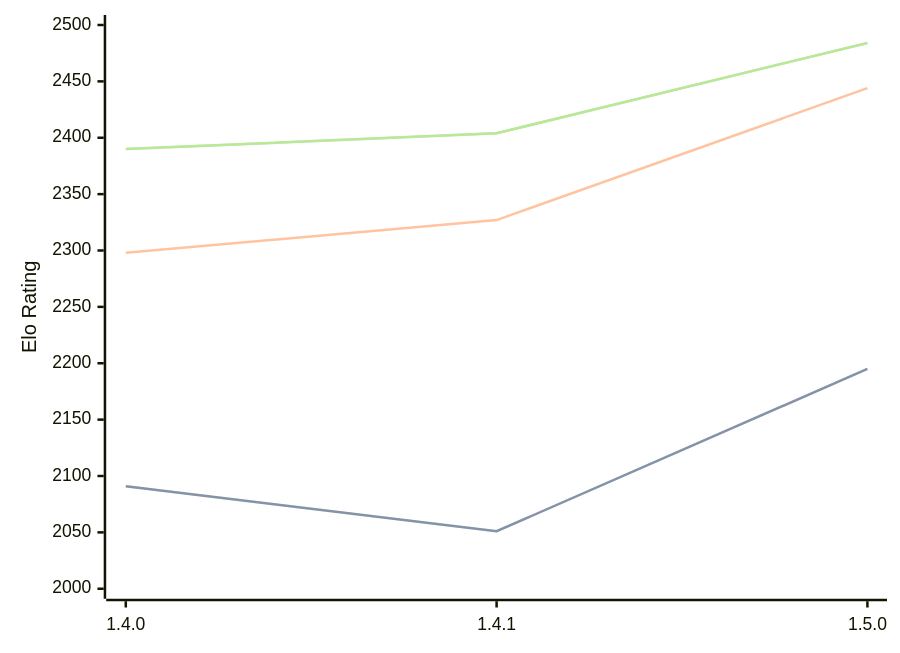
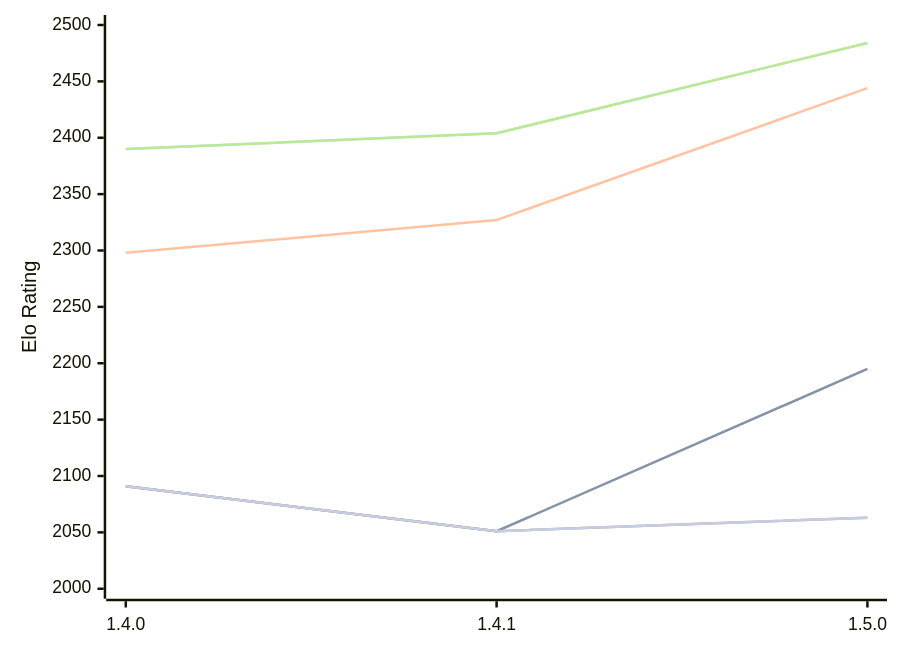
Before and after one commit to computer-chess-index/cci: the diagram in engines/Tofiks.md, drawn with Mermaid. The commit also changed other lines of this file, not shown here.

Commit message:
Update CCI Ratings (ELO VLTC) - 2026-10-11

````diff
--- a/engines/Tofiks.md
+++ b/engines/Tofiks.md
@@ -49,16 +49,13 @@
 ```mermaid
 %%{init: {"theme":"base","themeVariables":{"seriesColors:['#a3a3a3','#222221','#faa371']}}}%%
 xychart-beta
   x-axis ["1.4.0", "1.4.1", "1.5.0"]
   y-axis "Elo Rating" 2000 --> 2500
   line "" [2091, 2051, 2195]
   line "T1: STC (8.0+0.08s)" [2091, 2051, 2195]
   line "T1: LTC (60.0+0.60s)" [2298, 2327, 2444]
   line "" [2390, 2404, 2484]
   line "T1: VLTC (2m24s+1.12s)" [2390, 2404, 2484]
-  line "" [2056]
-  line "E1: STC (8.0+0.08s)" [2056]
-  line "E1: LTC (60.0+0.60s)" [2321]
-  line "" [2402]
-  line "E1: VLTC (2m24s+1.12s)" [2402]
+  line "" [2091, 2051,2063]
+  line "E1: STC (8.0+0.08s)" [2091, 2051,2063]
 ```
````
